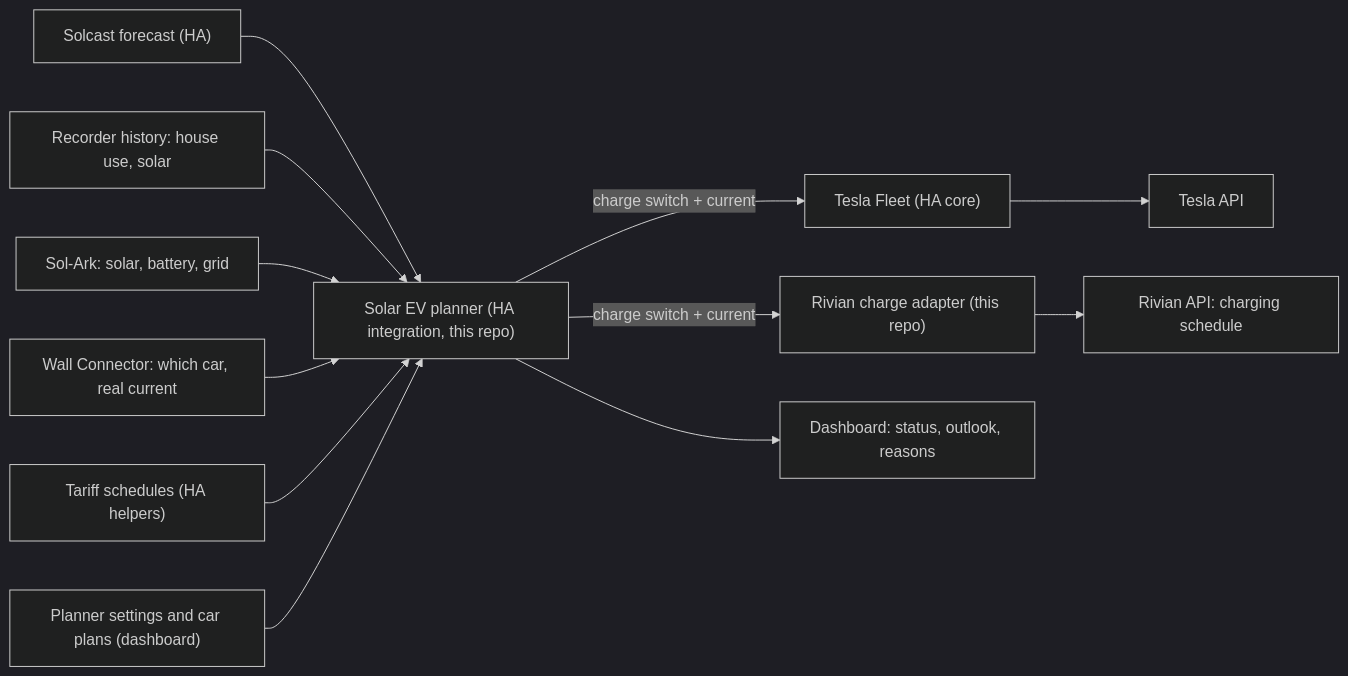
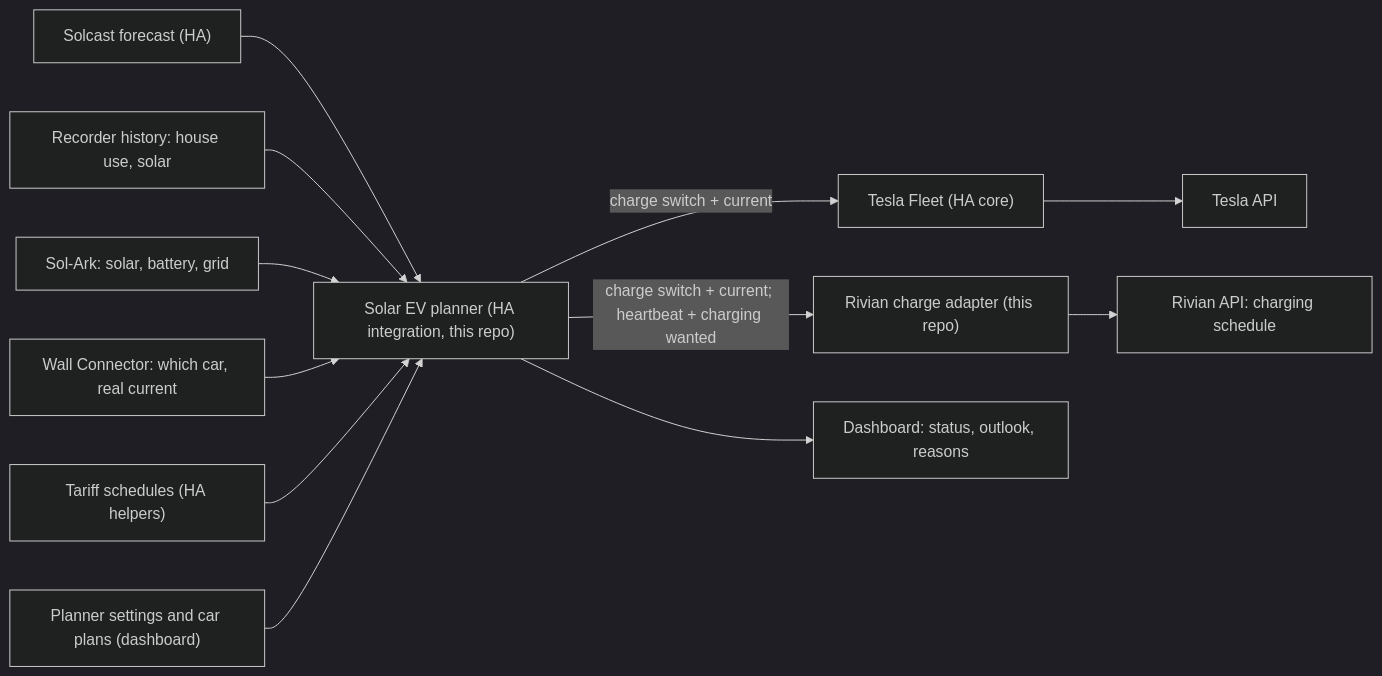
Before and after one commit to bballdavis/SolarSage: the diagram in docs/PLAN.md, drawn with Mermaid (dark theme). The commit also changed other lines of this file and 2 other files, not shown here.

````diff
--- a/docs/PLAN.md
+++ b/docs/PLAN.md
@@ -39,14 +45,14 @@
 ```mermaid
 flowchart LR
   Solcast["Solcast forecast (HA)"] --> Planner
   History["Recorder history: house use, solar"] --> Planner
   SolArk["Sol-Ark: solar, battery, grid"] --> Planner
   TWC["Wall Connector: which car, real current"] --> Planner
   Tariff["Tariff schedules (HA helpers)"] --> Planner
   Settings["Planner settings and car plans (dashboard)"] --> Planner
   Planner["Solar EV planner (HA integration, this repo)"] -->|"charge switch + current"| TeslaFleet["Tesla Fleet (HA core)"]
-  Planner -->|"charge switch + current"| Adapter["Rivian charge adapter (this repo)"]
+  Planner -->|"charge switch + current; heartbeat + charging wanted"| Adapter["Rivian charge adapter (this repo)"]
   TeslaFleet --> Tesla["Tesla API"]
   Adapter --> Rivian["Rivian API: charging schedule"]
   Planner --> Dashboard["Dashboard: status, outlook, reasons"]
 ```
````
